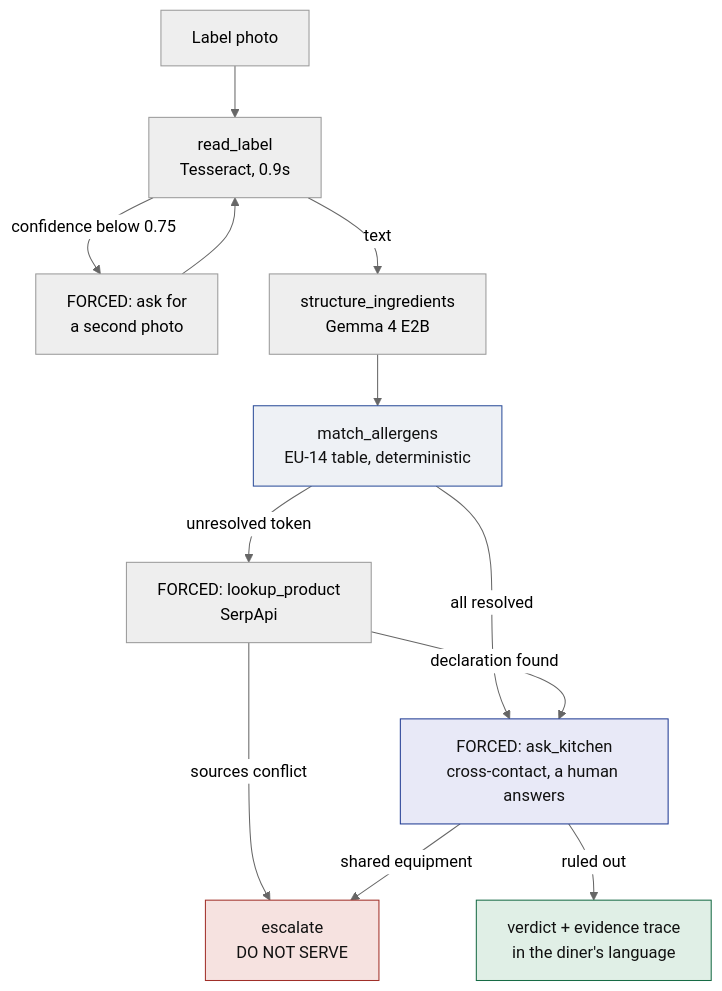
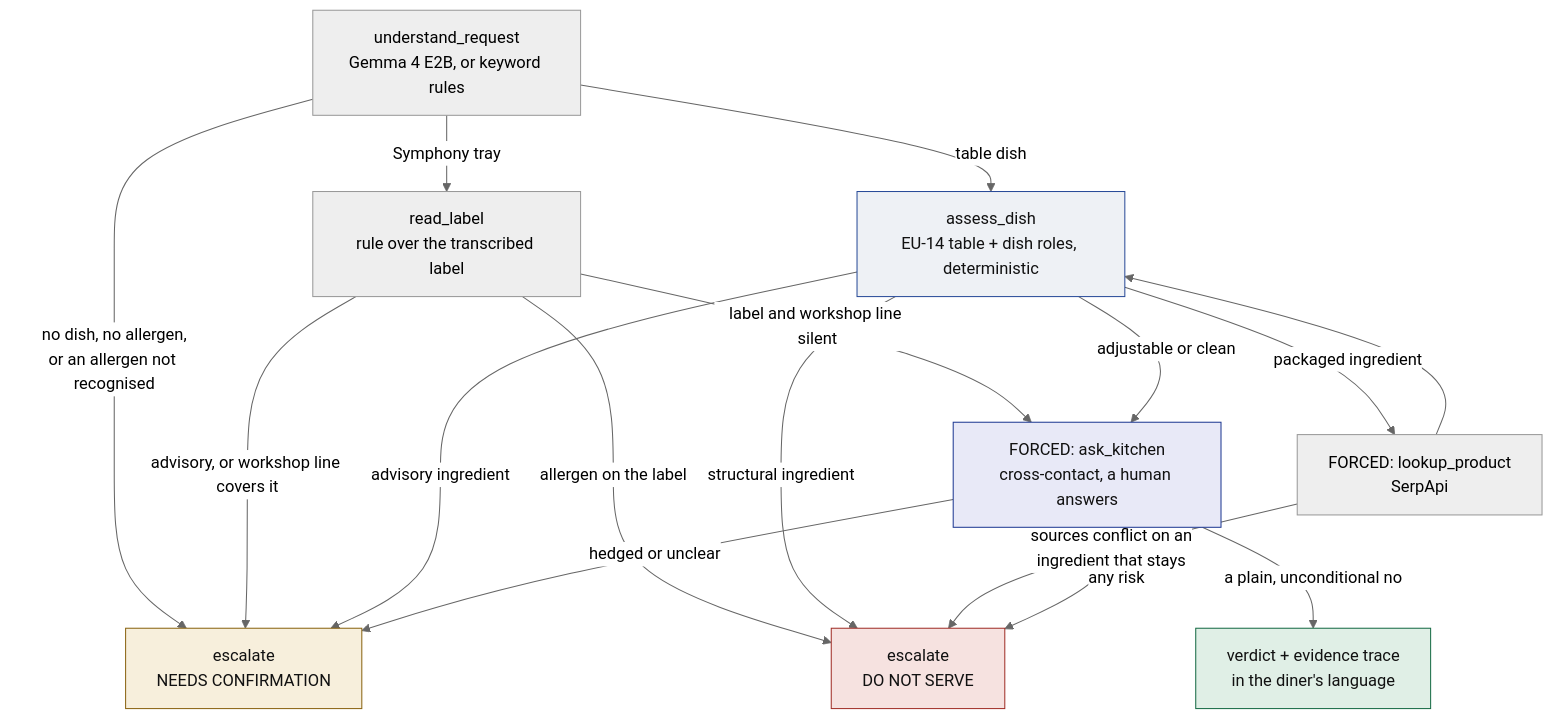
Before and after one commit to soneeee22000/safeplate: the first of 5 diagrams in README.md, drawn with Mermaid (neutral theme). The commit also changed other lines of this file and 6 other files, not shown here.

````diff
--- a/README.md
+++ b/README.md
@@ -130,19 +130,24 @@
 ```mermaid
 flowchart TD
-    PHOTO["Label photo"] --> OCR["read_label<br/>Tesseract, 0.9s"]
-    OCR -->|confidence below 0.75| RESHOOT["FORCED: ask for<br/>a second photo"]
-    RESHOOT --> OCR
-    OCR -->|text| GEMMA["structure_ingredients<br/>Gemma 4 E2B"]
-    GEMMA --> MATCH["match_allergens<br/>EU-14 table, deterministic"]
-    MATCH -->|unresolved token| LOOKUP["FORCED: lookup_product<br/>SerpApi"]
-    MATCH -->|all resolved| ASK
-    LOOKUP -->|sources conflict| STOP
-    LOOKUP -->|declaration found| ASK["FORCED: ask_kitchen<br/>cross-contact, a human answers"]
-    ASK -->|shared equipment| STOP["escalate<br/>DO NOT SERVE"]
-    ASK -->|ruled out| CARD["verdict + evidence trace<br/>in the diner's language"]
+    HEAR["understand_request<br/>Gemma 4 E2B, or keyword rules"] -->|no dish, no allergen,<br/>or an allergen not recognised| HOLD
+    HEAR -->|Symphony tray| LABEL["read_label<br/>rule over the transcribed label"]
+    HEAR -->|table dish| ASSESS["assess_dish<br/>EU-14 table + dish roles, deterministic"]
+    LABEL -->|allergen on the label| STOP
+    LABEL -->|advisory, or workshop line covers it| HOLD["escalate<br/>NEEDS CONFIRMATION"]
+    LABEL -->|label and workshop line silent| ASK
+    ASSESS -->|packaged ingredient| LOOKUP["FORCED: lookup_product<br/>SerpApi"]
+    ASSESS -->|structural ingredient| STOP["escalate<br/>DO NOT SERVE"]
+    ASSESS -->|advisory ingredient| HOLD
+    ASSESS -->|adjustable or clean| ASK["FORCED: ask_kitchen<br/>cross-contact, a human answers"]
+    LOOKUP -->|sources conflict on an<br/>ingredient that stays| STOP
+    LOOKUP --> ASSESS
+    ASK -->|any risk| STOP
+    ASK -->|hedged or unclear| HOLD
+    ASK -->|a plain, unconditional no| CARD["verdict + evidence trace<br/>in the diner's language"]
 
     style STOP fill:#f6e2e0,stroke:#a02f28,color:#111
+    style HOLD fill:#f7efdc,stroke:#8a6412,color:#111
     style CARD fill:#e0efe6,stroke:#176b45,color:#111
-    style MATCH fill:#eef1f5,stroke:#2a4c99,color:#111
+    style ASSESS fill:#eef1f5,stroke:#2a4c99,color:#111
     style ASK fill:#e8e9f7,stroke:#1f3a93,color:#111
 ```
````
